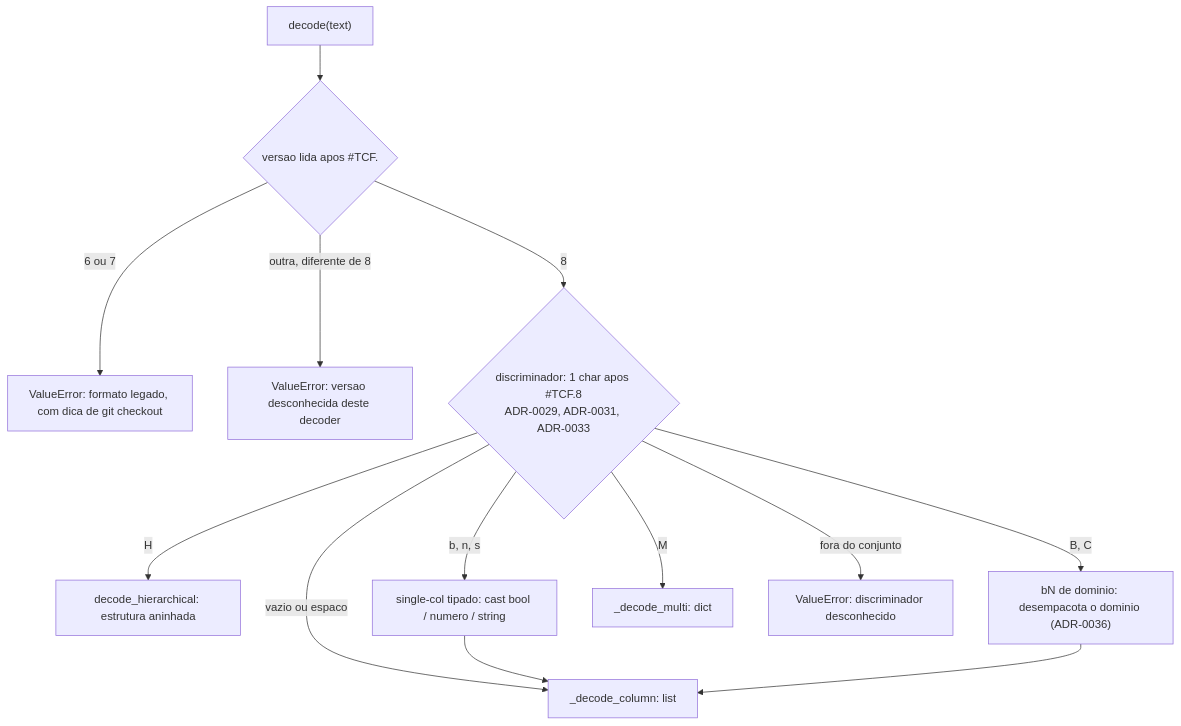
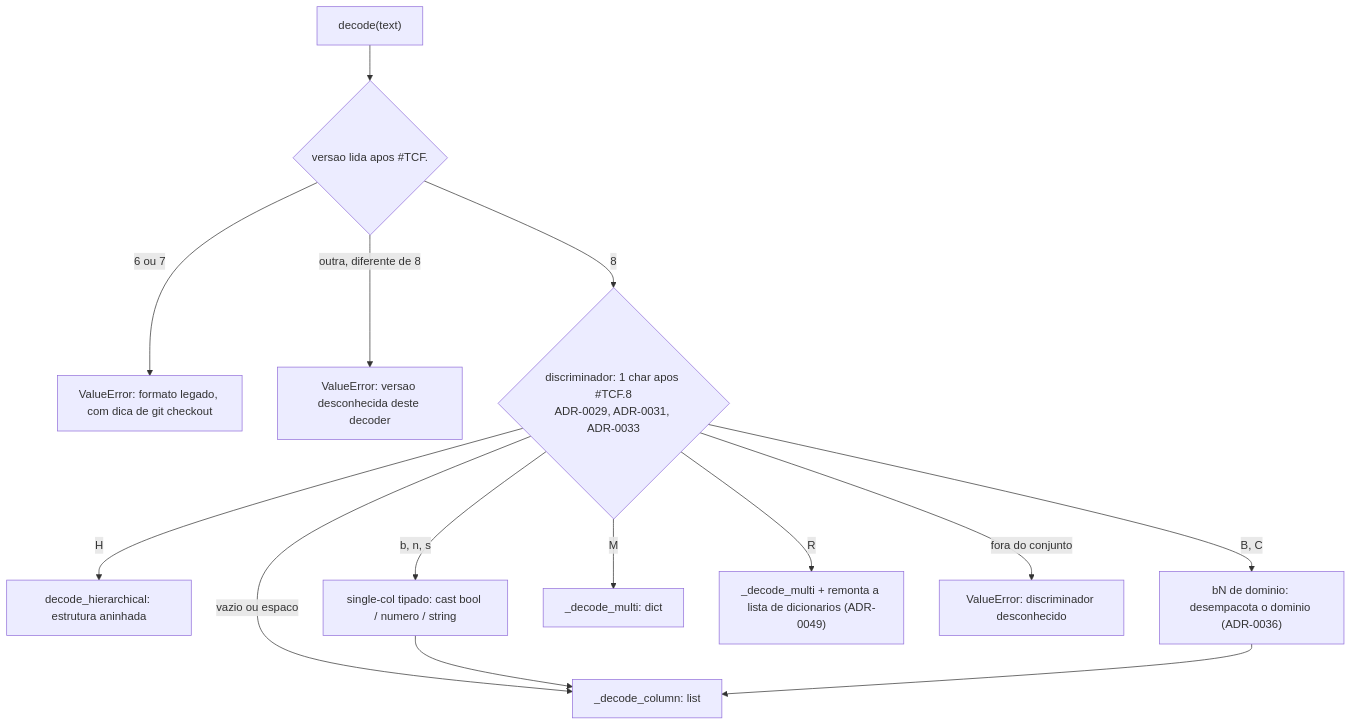
The second of 3 diagrams in docs/algorithms/TCF-format.pt-BR.md (LeoPR/TCF), drawn with Mermaid before and after one commit. The commit also changed other lines of this file and 29 other files, not shown here.

````diff
--- a/docs/algorithms/TCF-format.pt-BR.md
+++ b/docs/algorithms/TCF-format.pt-BR.md
@@ -332,27 +336,29 @@
 ```mermaid
 flowchart TB
     DEC["decode(text)"]
     VER{"versao lida apos #TCF."}
     LEG["ValueError: formato legado, com dica de git checkout"]
     UNK["ValueError: versao desconhecida deste decoder"]
     DISC{"discriminador: 1 char apos #TCF.8<br/>ADR-0029, ADR-0031, ADR-0033"}
     HIER["decode_hierarchical: estrutura aninhada"]
     TIP["single-col tipado: cast bool / numero / string"]
     BNN["bN de dominio: desempacota o dominio (ADR-0036)"]
     MULTI["_decode_multi: dict"]
+    REG["_decode_multi + remonta a lista de dicionarios (ADR-0049)"]
     COL["_decode_column: list"]
     FAIL["ValueError: discriminador desconhecido"]
 
     DEC --> VER
     VER -->|6 ou 7| LEG
     VER -->|outra, diferente de 8| UNK
     VER -->|8| DISC
     DISC -->|H| HIER
     DISC -->|b, n, s| TIP
     DISC -->|B, C| BNN
     DISC -->|M| MULTI
+    DISC -->|R| REG
     DISC -->|vazio ou espaco| COL
     DISC -->|fora do conjunto| FAIL
     TIP --> COL
     BNN --> COL
 ```
````
